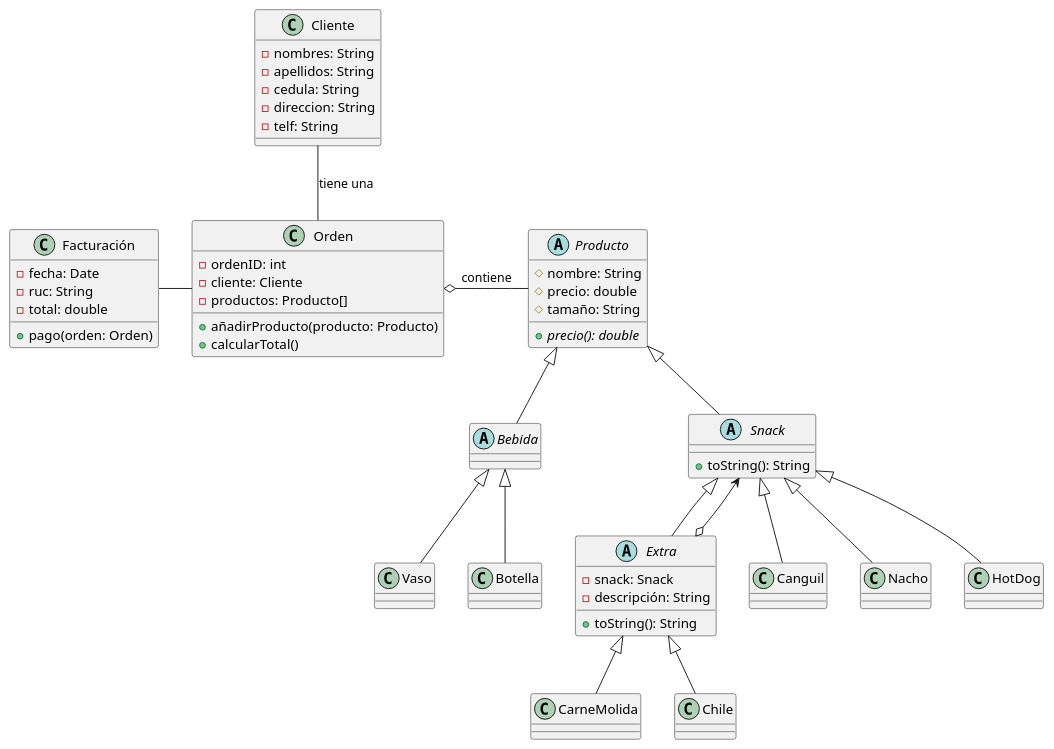
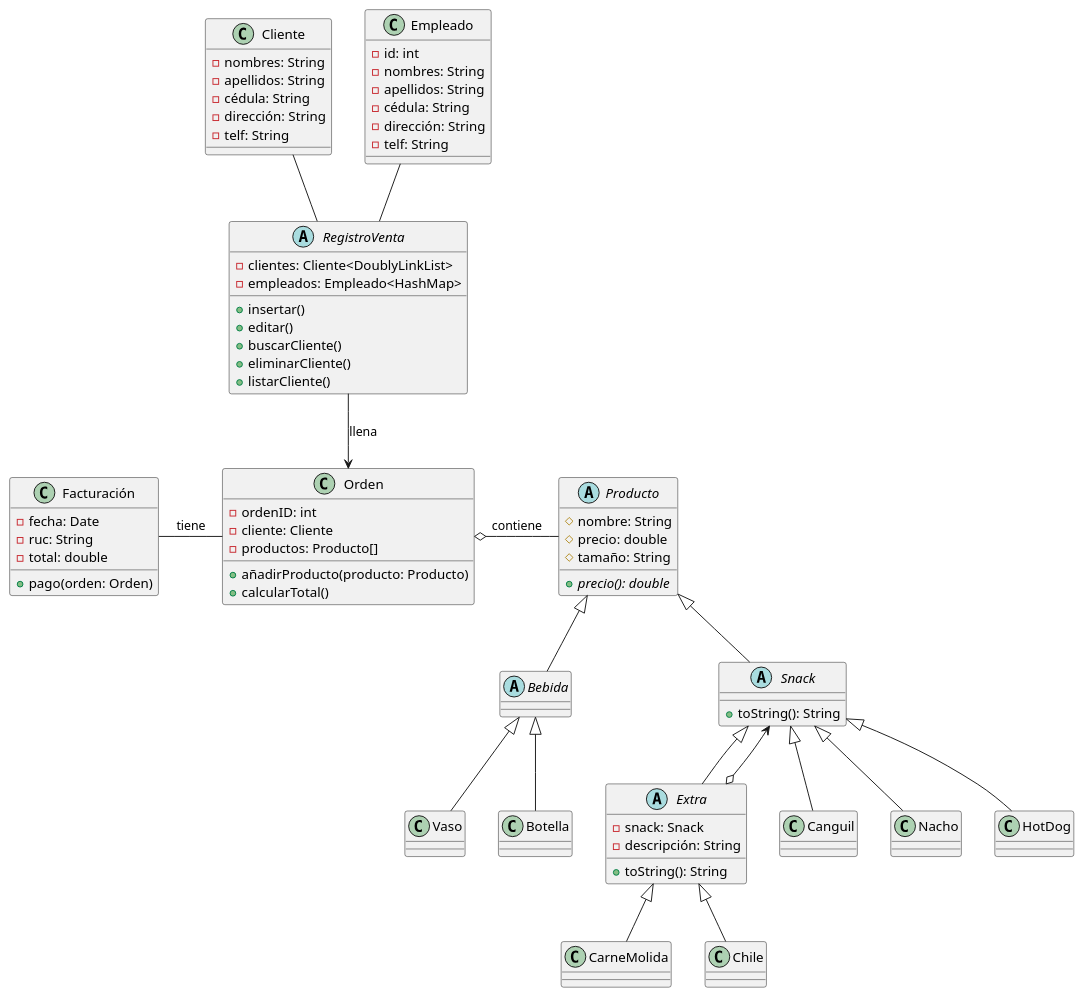
Before and after one commit to CroodcekDeep/Sistema-Cine: the diagram in src/Cinema.puml, drawn with PlantUML.

Commit message:
feat: Add features to Design
Add Cliente, Empleado and RegistroVenta Class with attributes

Ginno Taimal

```diff
--- a/src/Cinema.puml
+++ b/src/Cinema.puml
@@ -1,91 +1,112 @@
 @startuml
 'https://plantuml.com/class-diagram
+abstract class RegistroVenta{
+    -clientes: Cliente<DoublyLinkList>
+    -empleados: Empleado<HashMap>
+    ' Ambos
+    +insertar()
+    +editar()
+    ' Cliente
+    +buscarCliente()
+    +eliminarCliente()
+    +listarCliente()
+}
 
 class Cliente {
     -nombres: String
     -apellidos: String
-    -cedula: String
-    -direccion: String
+    -cédula: String
+    -dirección: String
+    -telf: String
+}
+
+class Empleado{
+    -id: int
+    -nombres: String
+    -apellidos: String
+    -cédula: String
+    -dirección: String
     -telf: String
 }
 
 'Reservar Película
 
 'class Taquillero
 
 'class Reserva
 
 'class Película
 
 class Facturación{
     -fecha: Date
     -ruc: String
     -total: double
-
     +pago(orden: Orden)
 }
 
 class Orden {
     -ordenID: int
     -cliente: Cliente
     -productos: Producto[]
     +añadirProducto(producto: Producto)
     +calcularTotal()
 }
 
 ' Comprar Comida
 abstract class Producto{
     #nombre: String
     #precio: double
     #tamaño: String
     +precio(): double {abstract}
 }
 
 abstract class Bebida
 
 abstract class Snack {
     +toString(): String
 }
 
 abstract class Extra{
     -snack: Snack
     -descripción: String
 
     +toString(): String
 }
 
 class Canguil{
     '+precio(): double
 }
 
 class Nacho{
     '+precio(): double
 }
 
 class HotDog{
     '+precio(): double
 }
 
 ' Patrón de Diseño -> Decorator
 Orden o- Producto: contiene
-Cliente -- Orden: tiene una
 
-Facturación - Orden
+Facturación - Orden: tiene
 
 Producto <|-- Snack
 Producto <|-- Bebida
 
 Snack <|-- Extra
 Snack <--o Extra
 Snack <|-- Nacho
 Snack <|-- HotDog
 Snack <|-- Canguil
 Extra <|-- CarneMolida
 Extra <|-- Chile
 
 Bebida <|-- Vaso
 Bebida <|-- Botella
 
+Cliente -- RegistroVenta
+Empleado -- RegistroVenta
+RegistroVenta --> Orden: llena
 
 
 @enduml
```
